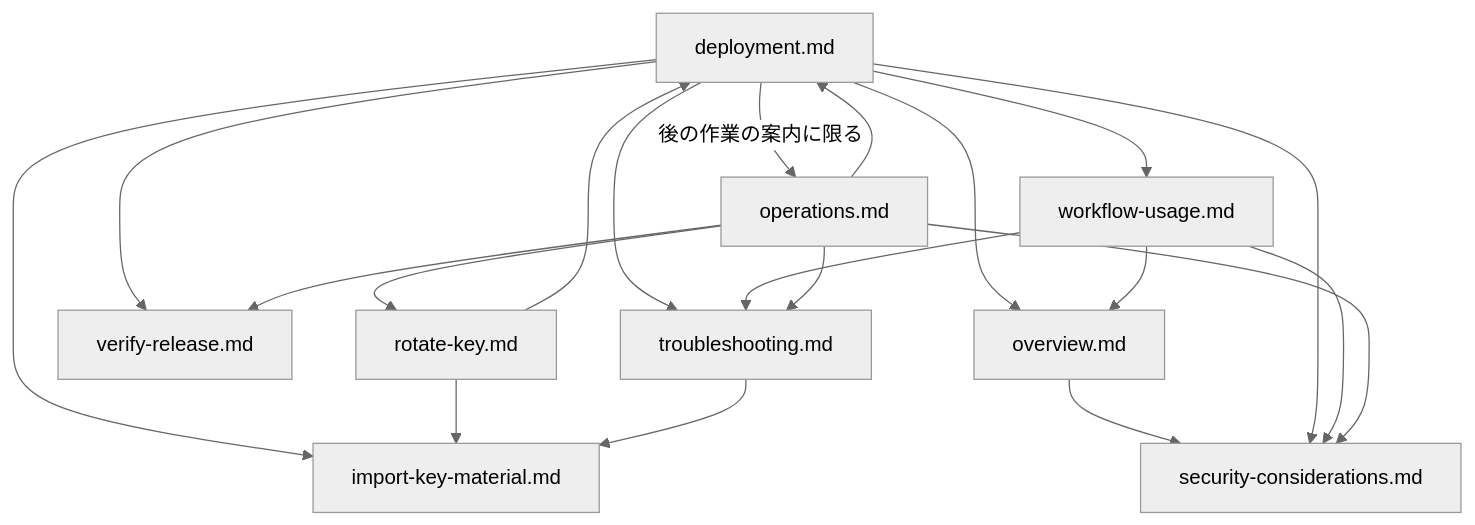
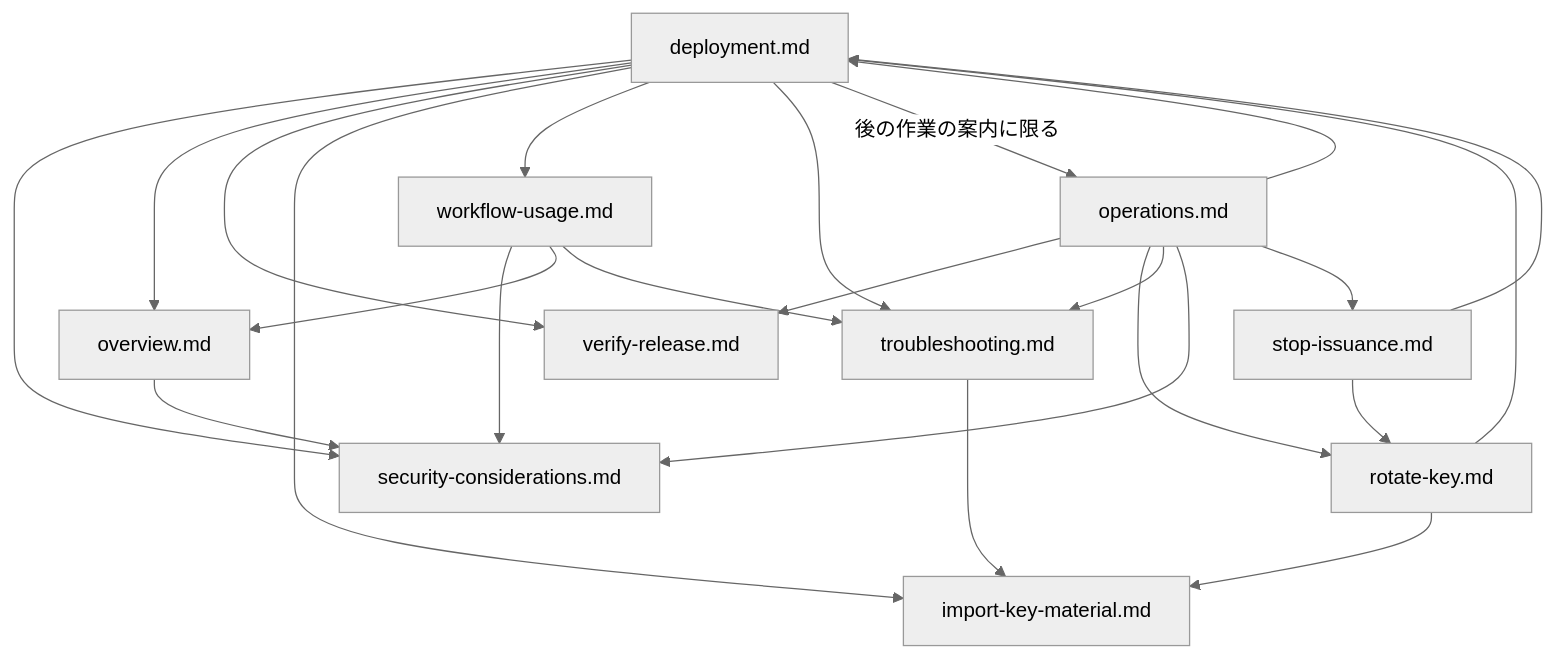
The second of 3 diagrams in docs/contributing/docs-policy.md (tmknom/gates), drawn with Mermaid (neutral theme) before and after one commit. The commit also changed other lines of this file and 15 other files, not shown here.

First line of the commit message:
docs(user-guide): restructure guides and add stop-issuance guide

````diff
--- a/docs/contributing/docs-policy.md
+++ b/docs/contributing/docs-policy.md
@@ -154,22 +174,25 @@
 ```mermaid
 flowchart TD
     overview["overview.md"] --> security["security-considerations.md"]
     deployment["deployment.md"] --> security
     deployment --> overview
     deployment --> verify["verify-release.md"]
     deployment --> import["import-key-material.md"]
     deployment --> usage["workflow-usage.md"]
     deployment --> trouble["troubleshooting.md"]
     deployment -->|後の作業の案内に限る| operations
     rotate["rotate-key.md"] --> import
     rotate --> deployment
     usage --> security
     usage --> overview
     usage --> trouble
     trouble --> import
     operations["operations.md"] --> deployment
     operations --> verify
     operations --> rotate
     operations --> trouble
     operations --> security
+    operations --> stop["stop-issuance.md"]
+    stop --> deployment
+    stop --> rotate
 ```
````
